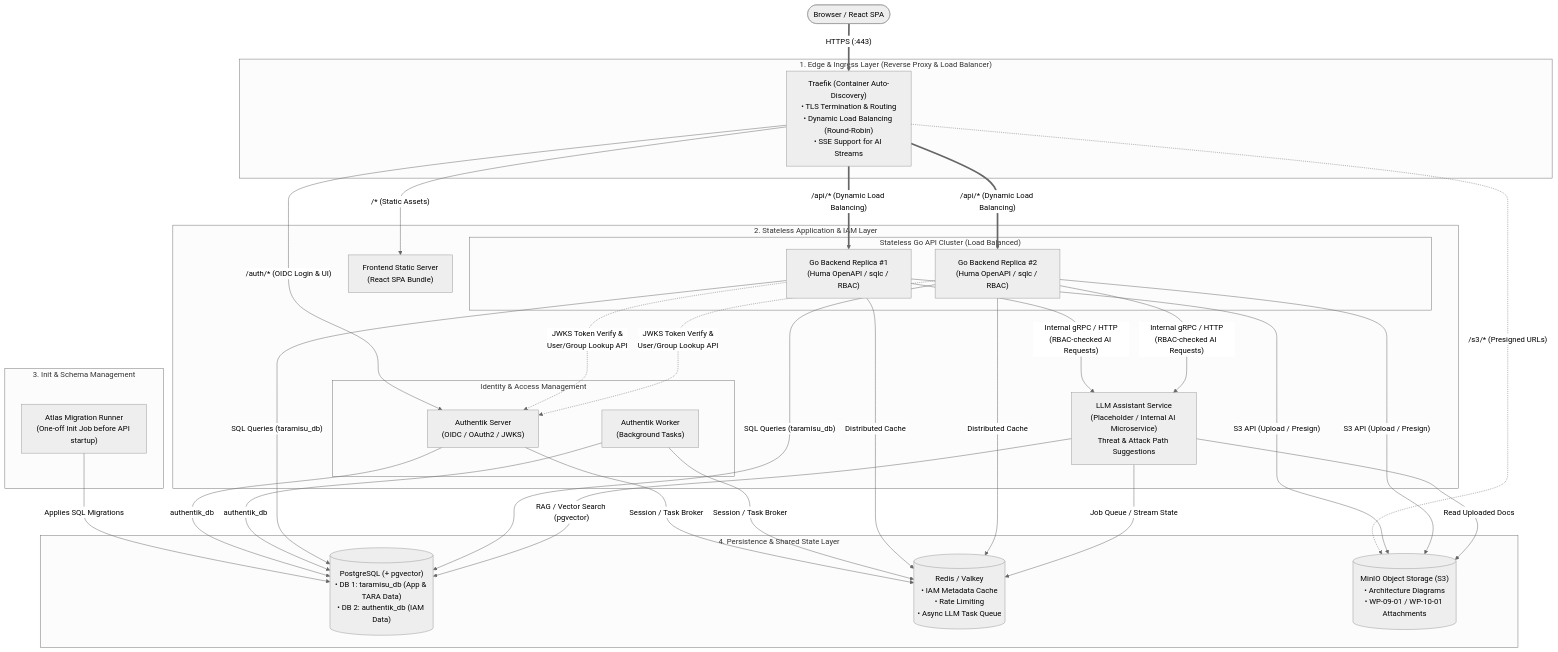
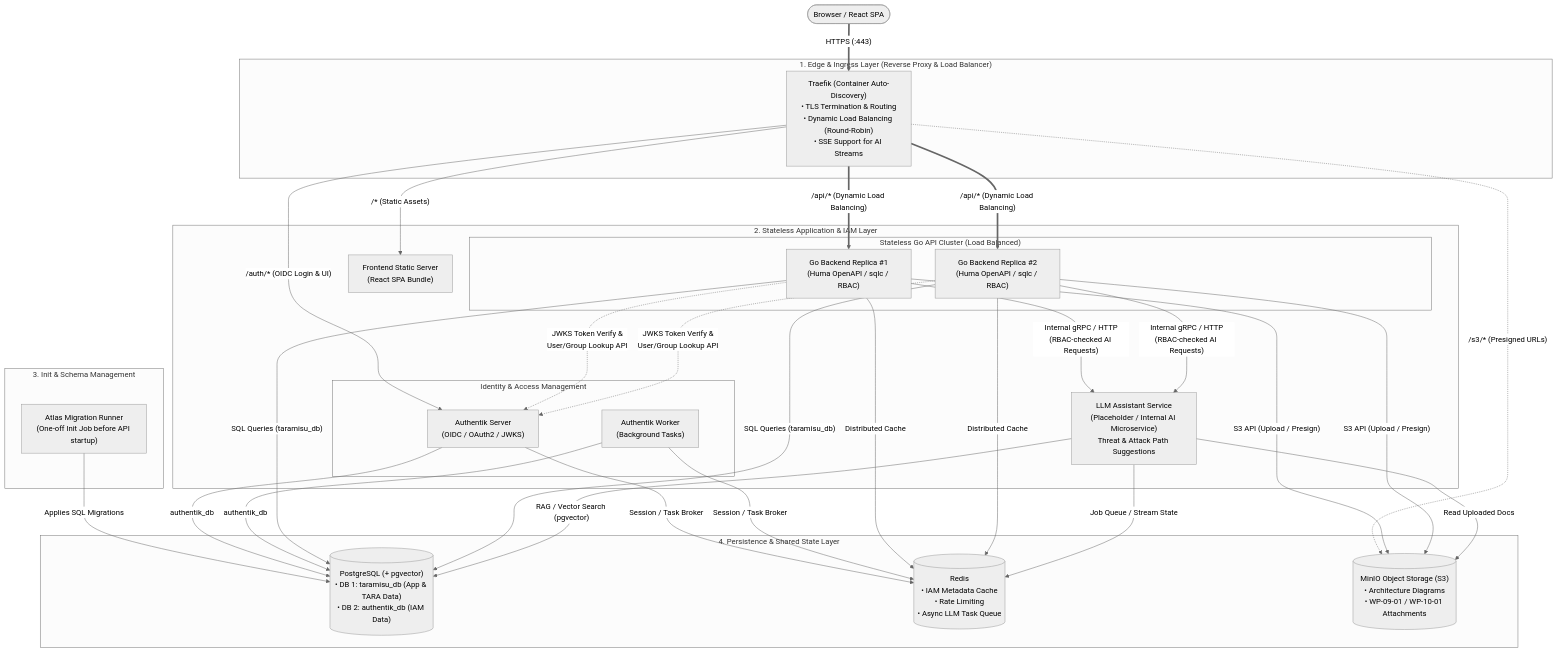
Before and after one commit to thi-taramisu/taramisu: the diagram in docs/internal/architecture/architecture-overview.md, drawn with Mermaid (neutral theme).

Commit message:
choose redis

````diff
--- a/docs/internal/architecture/architecture-overview.md
+++ b/docs/internal/architecture/architecture-overview.md
@@ -9,78 +9,78 @@
 ```mermaid
 flowchart TB
     %% ==========================================
     %% EXTERNAL ACTORS
     %% ==========================================
     Client([Browser / React SPA])
 
     %% ==========================================
     %% EDGE / INGRESS LAYER
     %% ==========================================
     subgraph Edge_Layer ["1. Edge & Ingress Layer (Reverse Proxy & Load Balancer)"]
         Traefik["Traefik (Container Auto-Discovery)<br/>• TLS Termination & Routing<br/>• Dynamic Load Balancing (Round-Robin)<br/>• SSE Support for AI Streams"]
     end
 
     %% ==========================================
     %% APPLICATION & IAM LAYER
     %% ==========================================
     subgraph App_Layer ["2. Stateless Application & IAM Layer"]
         FE["Frontend Static Server<br/>(React SPA Bundle)"]
         
         subgraph IAM_Stack ["Identity & Access Management"]
             AuthServer["Authentik Server<br/>(OIDC / OAuth2 / JWKS)"]
             AuthWorker["Authentik Worker<br/>(Background Tasks)"]
         end
 
         subgraph Backend_Cluster ["Stateless Go API Cluster (Load Balanced)"]
             API1["Go Backend Replica #1<br/>(Huma OpenAPI / sqlc / RBAC)"]
             API2["Go Backend Replica #2<br/>(Huma OpenAPI / sqlc / RBAC)"]
         end
 
         LLM["LLM Assistant Service<br/>(Placeholder / Internal AI Microservice)<br/>Threat & Attack Path Suggestions"]
     end
 
     %% ==========================================
     %% INIT / MIGRATION JOBS
     %% ==========================================
     subgraph Init_Layer ["3. Init & Schema Management"]
         Atlas["Atlas Migration Runner<br/>(One-off Init Job before API startup)"]
     end
 
     %% ==========================================
     %% DATA & STATE LAYER
     %% ==========================================
     subgraph Data_Layer ["4. Persistence & Shared State Layer"]
         PG[("PostgreSQL (+ pgvector)<br/>• DB 1: taramisu_db (App & TARA Data)<br/>• DB 2: authentik_db (IAM Data)")]
-        Redis[("Redis / Valkey<br/>• IAM Metadata Cache<br/>• Rate Limiting<br/>• Async LLM Task Queue")]
+        Redis[("Redis<br/>• IAM Metadata Cache<br/>• Rate Limiting<br/>• Async LLM Task Queue")]
         MinIO[("MinIO Object Storage (S3)<br/>• Architecture Diagrams<br/>• WP-09-01 / WP-10-01 Attachments")]
     end
 
     %% ==========================================
     %% CONNECTIONS & TRAFFIC FLOW
     %% ==========================================
     Client ==>|"HTTPS (:443)"| Traefik
 
     %% Edge Routing
     Traefik -->|"/* (Static Assets)"| FE
     Traefik -->|"/auth/* (OIDC Login & UI)"| AuthServer
     Traefik ==>|"/api/* (Dynamic Load Balancing)"| API1
     Traefik ==>|"/api/* (Dynamic Load Balancing)"| API2
     Traefik -.->|"/s3/* (Presigned URLs)"| MinIO
 
     %% Internal Service Communication
     API1 & API2 -.->|"JWKS Token Verify &<br/>User/Group Lookup API"| AuthServer
     API1 & API2 -->|"Internal gRPC / HTTP<br/>(RBAC-checked AI Requests)"| LLM
 
     %% Database & Storage Connections
     Atlas -->|"Applies SQL Migrations"| PG
     AuthServer & AuthWorker -->|"authentik_db"| PG
     AuthServer & AuthWorker -->|"Session / Task Broker"| Redis
 
     API1 & API2 -->|"SQL Queries (taramisu_db)"| PG
     API1 & API2 -->|"Distributed Cache"| Redis
     API1 & API2 -->|"S3 API (Upload / Presign)"| MinIO
 
     LLM -->|"RAG / Vector Search (pgvector)"| PG
     LLM -->|"Job Queue / Stream State"| Redis
     LLM -->|"Read Uploaded Docs"| MinIO
 ```
````
